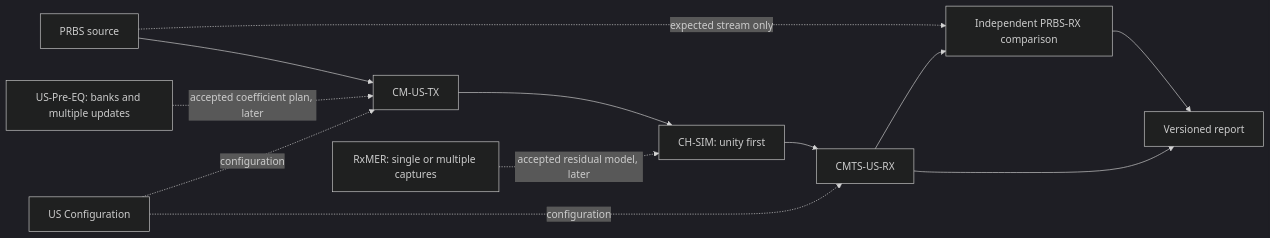
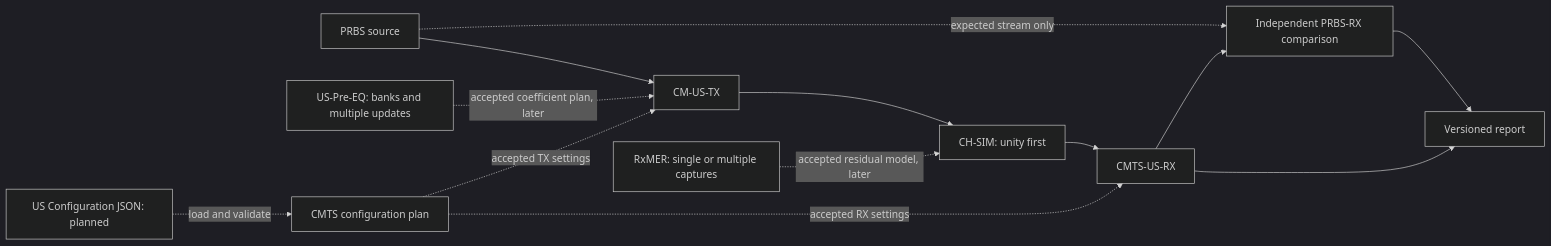
One commit to PyPNMApps/morgana changed the first of 14 diagrams in docs/architecture.md. Above: the diagram before and after it, drawn with Mermaid (dark theme). The commit also changed other lines of this file and 9 other files, not shown here.

Commit message:
Documentation: Add CMTS configuration JSON architecture - Place US Configuration plan under CMTS-US-RX - Update shared TX and RX configuration flows - Record MULPI coverage and schema delivery plan - Tests: Local validation and navigation checks pass

````diff
--- a/docs/architecture.md
+++ b/docs/architecture.md
@@ -40,14 +40,15 @@
 ```mermaid
 flowchart LR
     PRBS[PRBS source] --> TX[CM-US-TX]
     TX --> CH[CH-SIM: unity first]
     MER[RxMER: single or multiple captures] -. accepted residual model, later .-> CH
     PRE[US-Pre-EQ: banks and multiple updates] -. accepted coefficient plan, later .-> TX
     CH --> RX[CMTS-US-RX]
-    CFG[US Configuration] -. configuration .-> TX
-    CFG -. configuration .-> RX
+    JSON[US Configuration JSON: planned] -. load and validate .-> CFG[CMTS configuration plan]
+    CFG -. accepted TX settings .-> TX
+    CFG -. accepted RX settings .-> RX
     PRBS -. expected stream only .-> TRUTH[Independent PRBS-RX comparison]
     RX --> TRUTH
     TRUTH --> REPORT
     RX --> REPORT[Versioned report]
 ```
````
